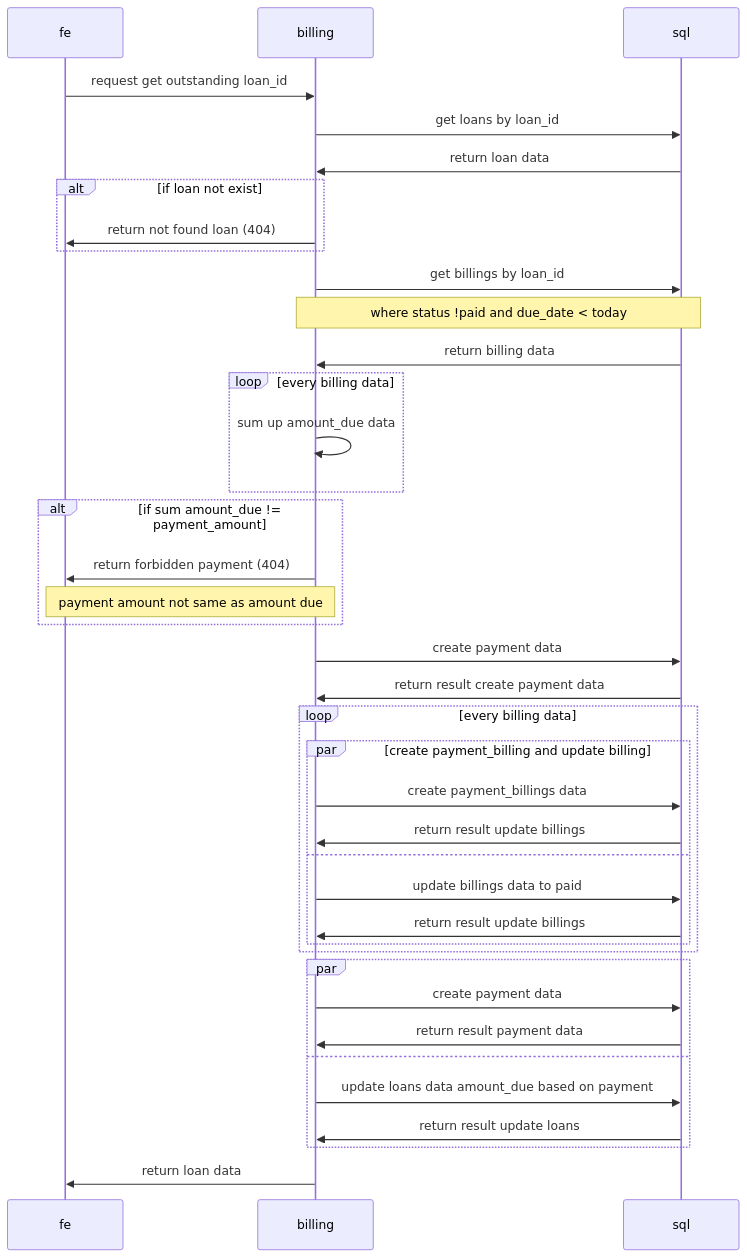
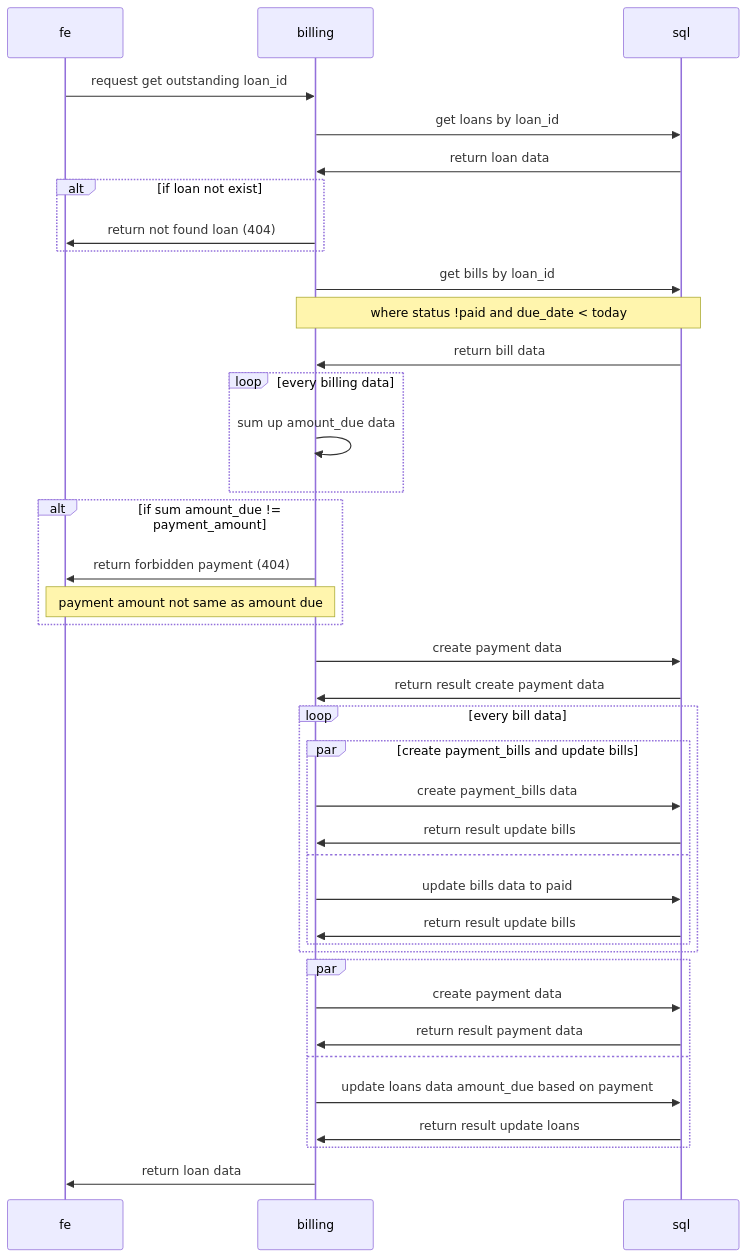
Before and after one commit to ran-jita/billing-engine: the diagram in documentation/6.make_payment_flow.md, drawn with Mermaid. The commit also changed 17 other files, not shown here.

Commit message:
chore: rename billing to bill

````diff
--- a/documentation/6.make_payment_flow.md
+++ b/documentation/6.make_payment_flow.md
@@ -2,42 +2,42 @@
 ```mermaid
 sequenceDiagram
     participant fe
     participant billing
     participant sql
 
     fe ->> billing: request get outstanding loan_id
     billing ->> sql: get loans by loan_id
     sql ->> billing: return loan data
     alt if loan not exist
         billing ->> fe: return not found loan (404)
     end
-    billing ->> sql: get billings by loan_id
+    billing ->> sql: get bills by loan_id
     note over billing,sql: where status !paid and due_date < today
-    sql ->> billing: return billing data
+    sql ->> billing: return bill data
     loop every billing data
         billing ->> billing: sum up amount_due data
     end
     alt if sum amount_due != payment_amount
         billing ->> fe: return forbidden payment (404)
         note over billing,fe: payment amount not same as amount due
     end
     billing ->> sql: create payment data
     sql ->> billing: return result create payment data
-    loop every billing data
-        par create payment_billing and update billing
-        billing ->> sql: create payment_billings data
-            sql ->> billing: return result update billings 
+    loop every bill data
+        par create payment_bills and update bills
+        billing ->> sql: create payment_bills data
+            sql ->> billing: return result update bills 
         and
-            billing ->> sql: update billings data to paid
-            sql ->> billing: return result update billings
+            billing ->> sql: update bills data to paid
+            sql ->> billing: return result update bills
         end
     end
     par
         billing ->> sql: create payment data
         sql ->> billing: return result payment data
     and
         billing ->> sql: update loans data amount_due based on payment
         sql ->> billing: return result update loans
     end
     billing ->> fe: return loan data
 ```
````
